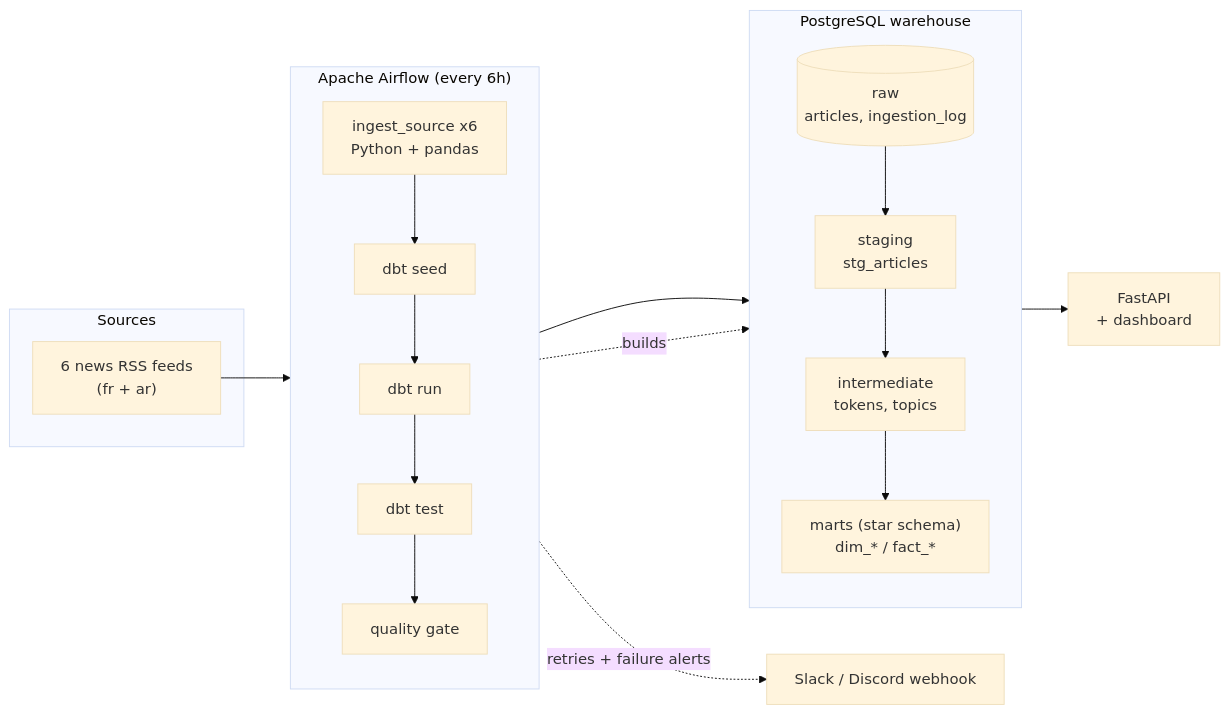
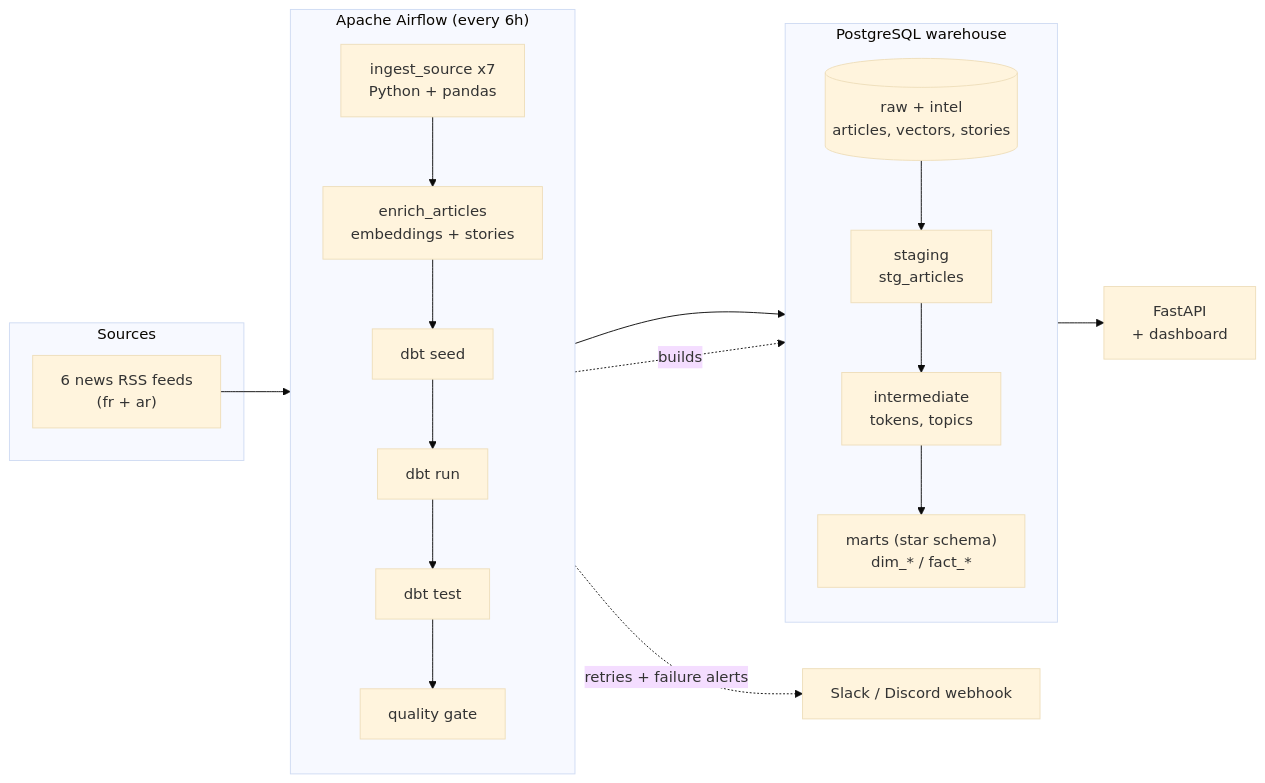
The diagram in README.md (AbidZakaria/dz-news-pulse), drawn with Mermaid (base theme) before and after one commit. The commit also changed other lines of this file and 40 other files, not shown here.

````diff
--- a/README.md
+++ b/README.md
@@ -50,22 +66,22 @@
 ```mermaid
 flowchart LR
     subgraph Sources
         RSS["6 news RSS feeds<br/>(fr + ar)"]
     end
 
     subgraph Airflow["Apache Airflow (every 6h)"]
         direction TB
-        I["ingest_source x6<br/>Python + pandas"] --> S["dbt seed"] --> R["dbt run"] --> T["dbt test"] --> Q["quality gate"]
+        I["ingest_source x7<br/>Python + pandas"] --> E["enrich_articles<br/>embeddings + stories"] --> S["dbt seed"] --> R["dbt run"] --> T["dbt test"] --> Q["quality gate"]
     end
 
     subgraph PG["PostgreSQL warehouse"]
         direction TB
-        RAW[("raw<br/>articles, ingestion_log")] --> STG["staging<br/>stg_articles"] --> INT["intermediate<br/>tokens, topics"] --> MART["marts (star schema)<br/>dim_* / fact_*"]
+        RAW[("raw + intel<br/>articles, vectors, stories")] --> STG["staging<br/>stg_articles"] --> INT["intermediate<br/>tokens, topics"] --> MART["marts (star schema)<br/>dim_* / fact_*"]
     end
 
     RSS --> I
     I --> RAW
     R -. builds .-> STG
     MART --> API["FastAPI<br/>+ dashboard"]
     Airflow -. "retries + failure alerts" .-> ALERT["Slack / Discord webhook"]
 ```
````
